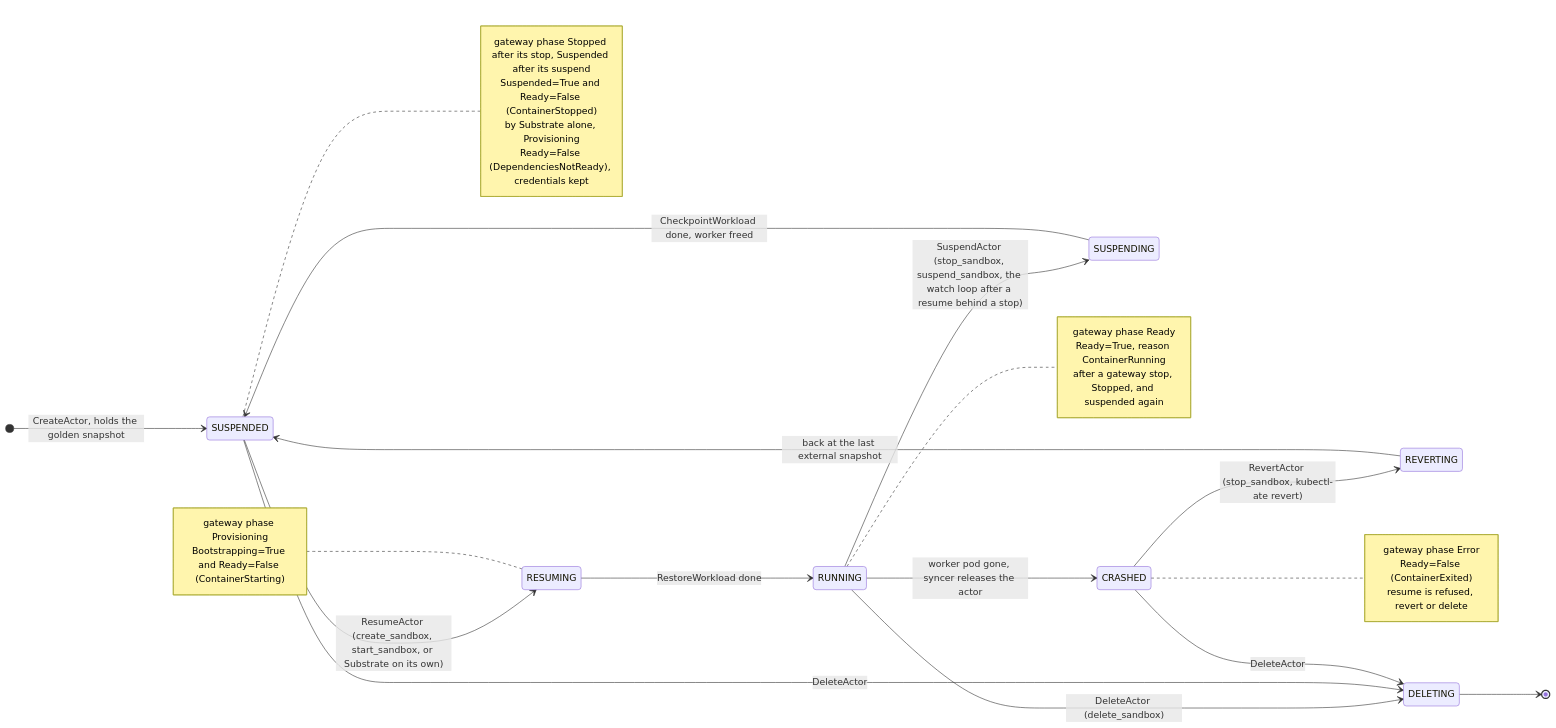
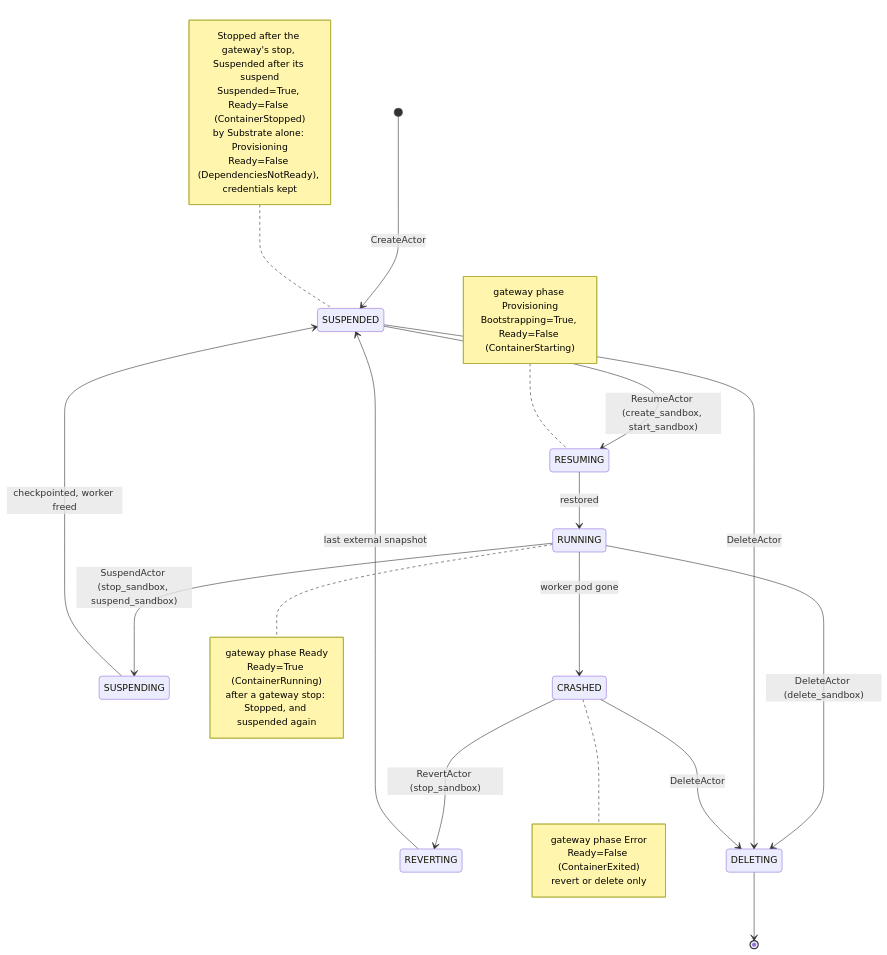
The third of 8 diagrams in docs/architecture.md (dims/openshell-driver-substrate), drawn with Mermaid before and after one commit. The commit also changed other lines of this file and 1 other file, not shown here.

First line of the commit message:
docs: architecture diagrams that GitHub renders legibly

````diff
--- a/docs/architecture.md
+++ b/docs/architecture.md
@@ -347,37 +349,37 @@
 ```mermaid
 stateDiagram-v2
-  direction LR
-  [*] --> SUSPENDED: CreateActor, holds the golden snapshot
-  SUSPENDED --> RESUMING: ResumeActor (create_sandbox, start_sandbox, or Substrate on its own)
-  RESUMING --> RUNNING: RestoreWorkload done
-  RUNNING --> SUSPENDING: SuspendActor (stop_sandbox, suspend_sandbox, the watch loop after a resume behind a stop)
-  SUSPENDING --> SUSPENDED: CheckpointWorkload done, worker freed
-  RUNNING --> CRASHED: worker pod gone, syncer releases the actor
-  CRASHED --> REVERTING: RevertActor (stop_sandbox, kubectl-ate revert)
-  REVERTING --> SUSPENDED: back at the last external snapshot
+  direction TB
+  [*] --> SUSPENDED: CreateActor
+  SUSPENDED --> RESUMING: ResumeActor (create_sandbox, start_sandbox)
+  RESUMING --> RUNNING: restored
+  RUNNING --> SUSPENDING: SuspendActor (stop_sandbox, suspend_sandbox)
+  SUSPENDING --> SUSPENDED: checkpointed, worker freed
+  RUNNING --> CRASHED: worker pod gone
+  CRASHED --> REVERTING: RevertActor (stop_sandbox)
+  REVERTING --> SUSPENDED: last external snapshot
   RUNNING --> DELETING: DeleteActor (delete_sandbox)
   SUSPENDED --> DELETING: DeleteActor
   CRASHED --> DELETING: DeleteActor
   DELETING --> [*]
 
   note right of RUNNING
     gateway phase Ready
-    Ready=True, reason ContainerRunning
-    after a gateway stop, Stopped, and suspended again
+    Ready=True (ContainerRunning)
+    after a gateway stop: Stopped, and suspended again
   end note
-  note right of SUSPENDED
-    gateway phase Stopped after its stop, Suspended after its suspend
-    Suspended=True and Ready=False (ContainerStopped)
-    by Substrate alone, Provisioning
+  note left of SUSPENDED
+    Stopped after the gateway's stop, Suspended after its suspend
+    Suspended=True, Ready=False (ContainerStopped)
+    by Substrate alone: Provisioning
     Ready=False (DependenciesNotReady), credentials kept
   end note
   note left of RESUMING
     gateway phase Provisioning
-    Bootstrapping=True and Ready=False (ContainerStarting)
+    Bootstrapping=True, Ready=False (ContainerStarting)
   end note
   note right of CRASHED
     gateway phase Error
     Ready=False (ContainerExited)
-    resume is refused, revert or delete
+    revert or delete only
   end note
 ```
````
